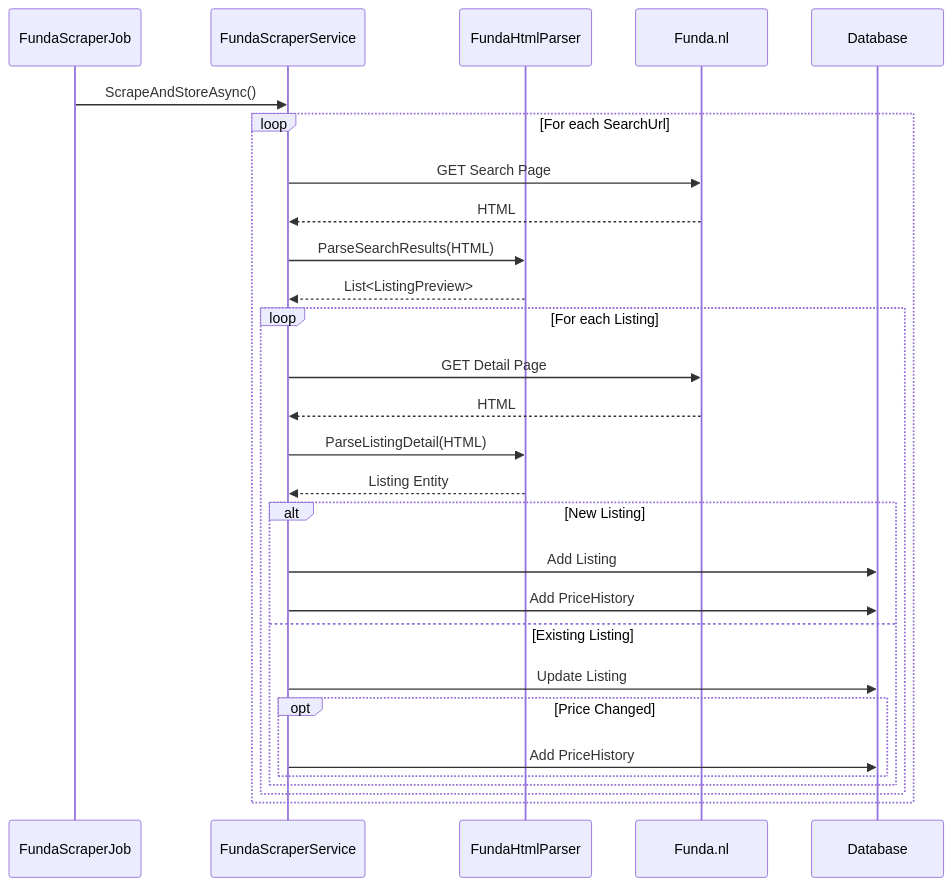
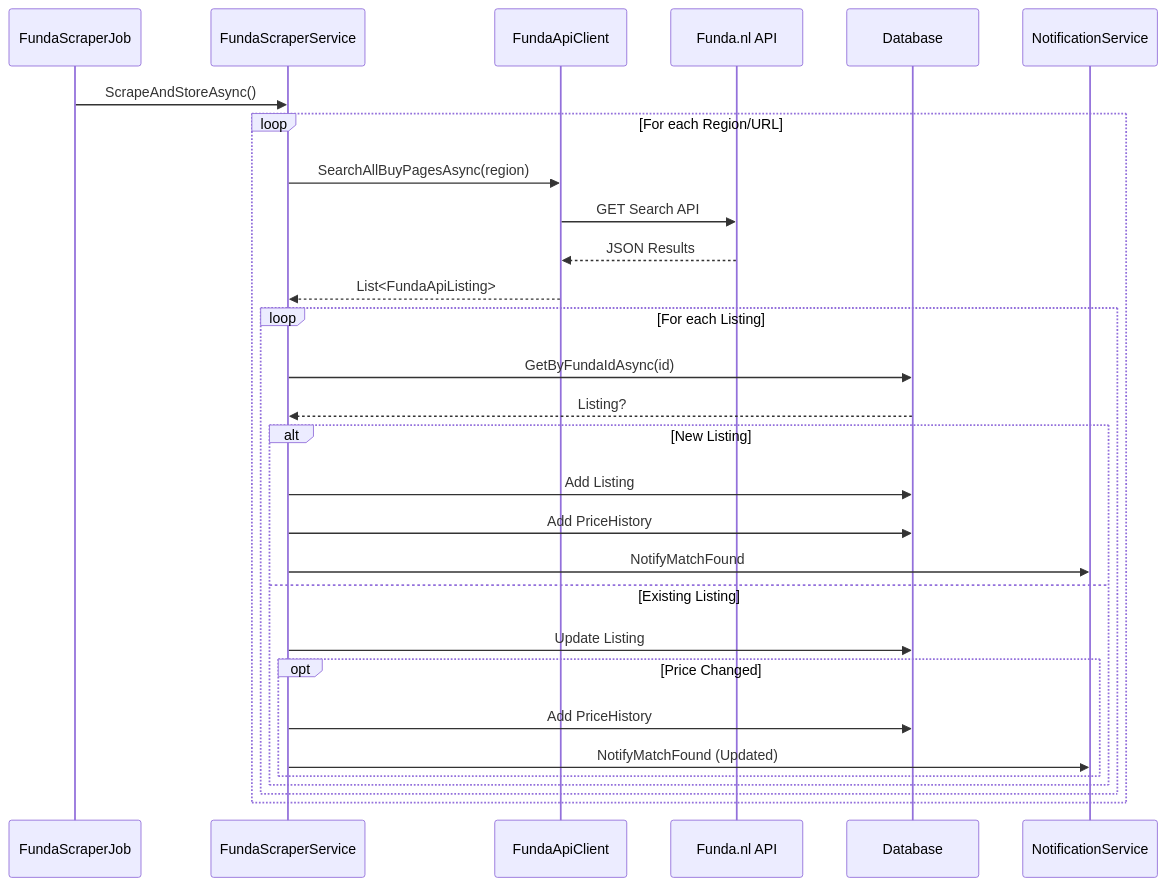
Before and after one commit to YKDBontekoe/valora: the second of 2 diagrams in docs/developer-guide.md, drawn with Mermaid. The commit also changed other lines of this file and 3 other files, not shown here.

````diff
--- a/docs/developer-guide.md
+++ b/docs/developer-guide.md
@@ -89,33 +105,34 @@
 ```mermaid
 sequenceDiagram
     participant Job as FundaScraperJob
     participant Service as FundaScraperService
-    participant Parser as FundaHtmlParser
-    participant Funda as Funda.nl
+    participant ApiClient as FundaApiClient
+    participant Funda as Funda.nl API
     participant DB as Database
+    participant Notify as NotificationService
 
     Job->>Service: ScrapeAndStoreAsync()
-    loop For each SearchUrl
-        Service->>Funda: GET Search Page
-        Funda-->>Service: HTML
-        Service->>Parser: ParseSearchResults(HTML)
-        Parser-->>Service: List<ListingPreview>
+    loop For each Region/URL
+        Service->>ApiClient: SearchAllBuyPagesAsync(region)
+        ApiClient->>Funda: GET Search API
+        Funda-->>ApiClient: JSON Results
+        ApiClient-->>Service: List<FundaApiListing>
 
         loop For each Listing
-            Service->>Funda: GET Detail Page
-            Funda-->>Service: HTML
-            Service->>Parser: ParseListingDetail(HTML)
-            Parser-->>Service: Listing Entity
+            Service->>DB: GetByFundaIdAsync(id)
+            DB-->>Service: Listing?
 
             alt New Listing
                 Service->>DB: Add Listing
                 Service->>DB: Add PriceHistory
+                Service->>Notify: NotifyMatchFound
             else Existing Listing
                 Service->>DB: Update Listing
                 opt Price Changed
                     Service->>DB: Add PriceHistory
+                    Service->>Notify: NotifyMatchFound (Updated)
                 end
             end
         end
     end
 ```
````
